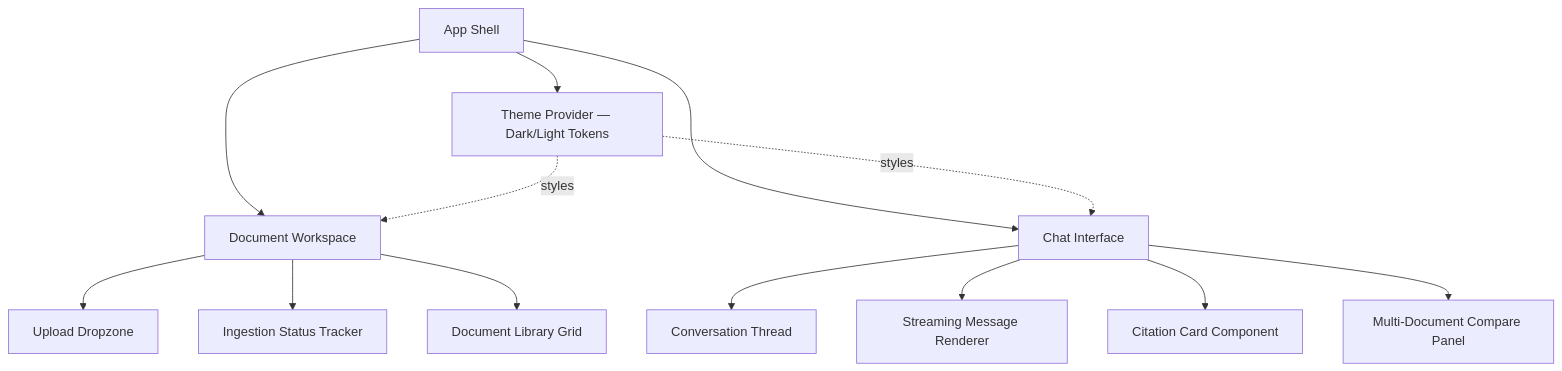
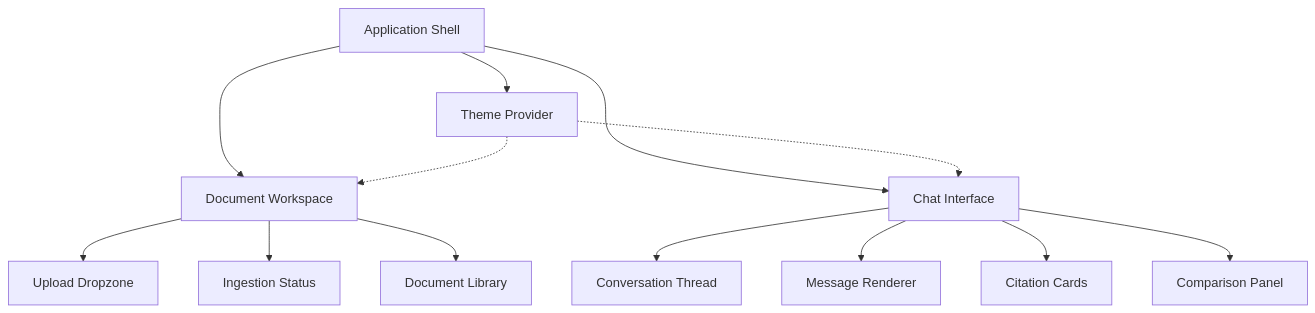
One commit to JaswanthG-10/iris-ai-document-reade changed the third of 3 diagrams in README.md. Above: the diagram before and after it, drawn with Mermaid. The commit also changed other lines of this file, not shown here.

````diff
--- a/README.md
+++ b/README.md
@@ -158,18 +213,18 @@
 ```mermaid
 graph TD
-    A[App Shell] --> B[Theme Provider — Dark/Light Tokens]
+    A[Application Shell] --> B[Theme Provider]
     A --> C[Document Workspace]
     A --> D[Chat Interface]
 
     C --> C1[Upload Dropzone]
-    C --> C2[Ingestion Status Tracker]
-    C --> C3[Document Library Grid]
+    C --> C2[Ingestion Status]
+    C --> C3[Document Library]
 
     D --> D1[Conversation Thread]
-    D --> D2[Streaming Message Renderer]
-    D --> D3[Citation Card Component]
-    D --> D4[Multi-Document Compare Panel]
+    D --> D2[Message Renderer]
+    D --> D3[Citation Cards]
+    D --> D4[Comparison Panel]
 
-    B -.styles.-> C
-    B -.styles.-> D
+    B -.-> C
+    B -.-> D
 ```
````
